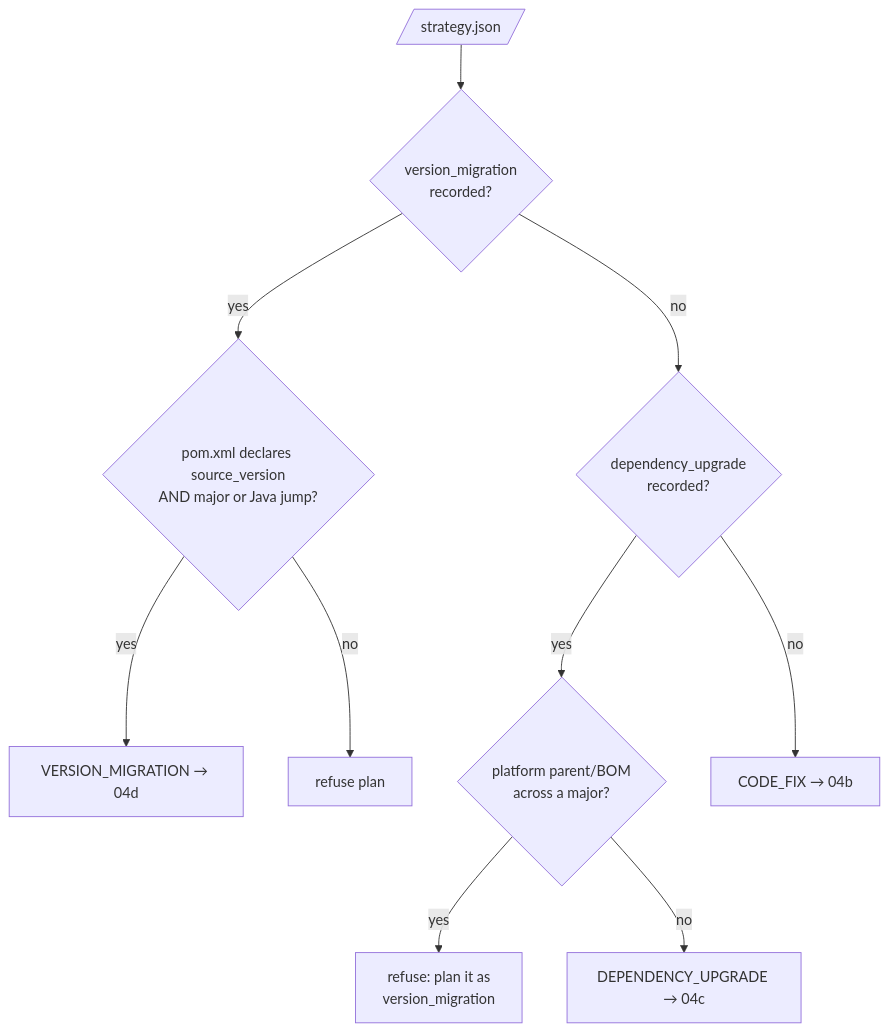
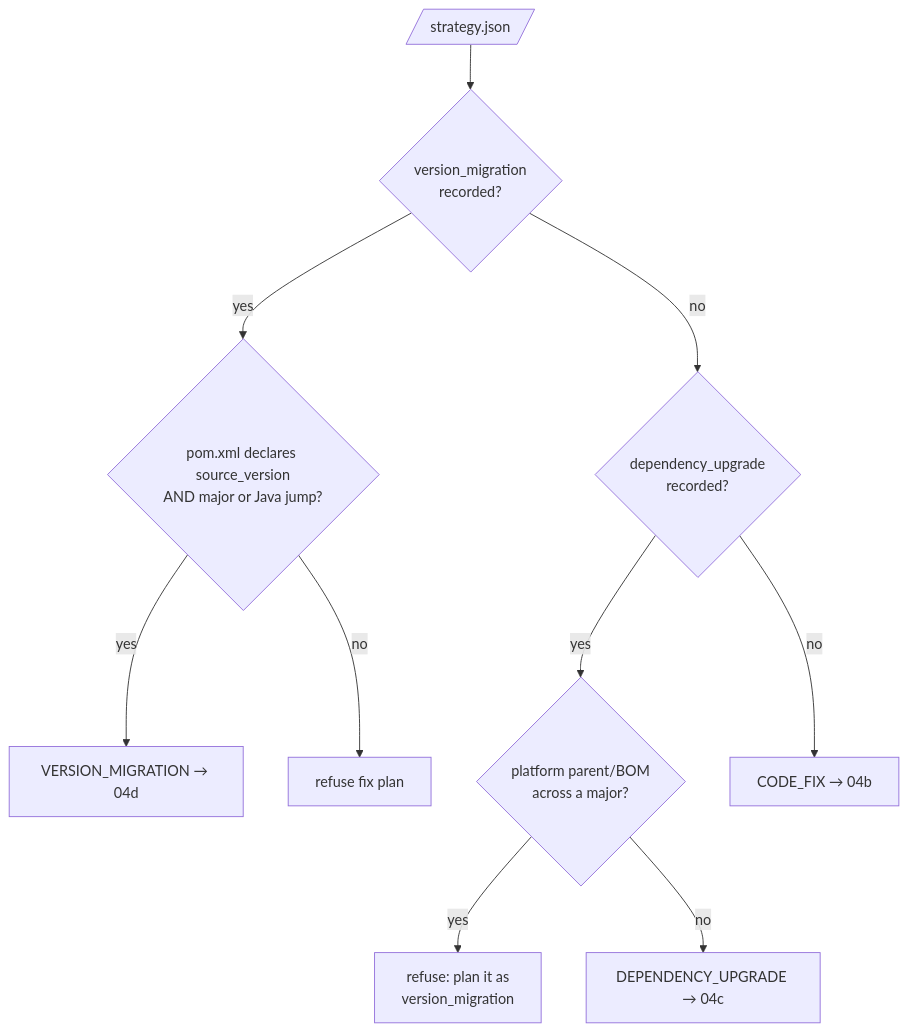
One commit to KrishnaAnnavaram/MARS changed diagram 21 of 31 in README.md. Above: the diagram before and after it, drawn with Mermaid. The commit also changed other lines of this file and 1 other file, not shown here.

````diff
--- a/README.md
+++ b/README.md
@@ -1245,12 +1315,12 @@
 ```mermaid
 flowchart TD
     ST[/"strategy.json"/] --> VM{"version_migration<br/>recorded?"}
     VM -->|yes| CK1{"pom.xml declares source_version<br/>AND major or Java jump?"}
     CK1 -->|yes| T3["VERSION_MIGRATION → 04d"]
-    CK1 -->|no| REF1["refuse plan"]
+    CK1 -->|no| REF1["refuse fix plan"]
     VM -->|no| DU{"dependency_upgrade<br/>recorded?"}
     DU -->|yes| CK2{"platform parent/BOM<br/>across a major?"}
     CK2 -->|yes| REF2["refuse: plan it as<br/>version_migration"]
     CK2 -->|no| T2["DEPENDENCY_UPGRADE → 04c"]
     DU -->|no| T1["CODE_FIX → 04b"]
 ```
````
